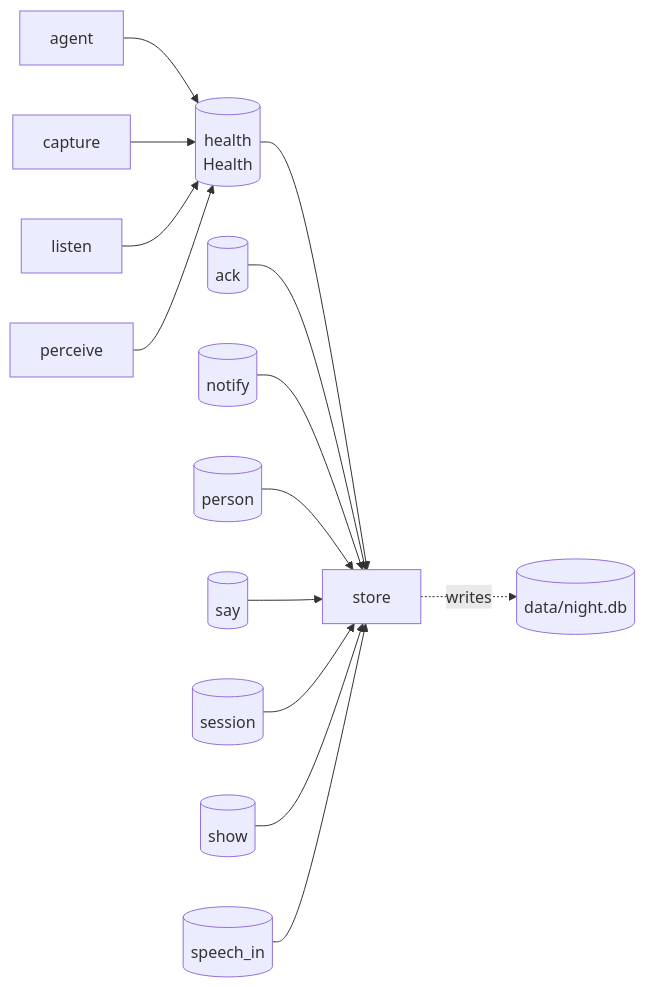
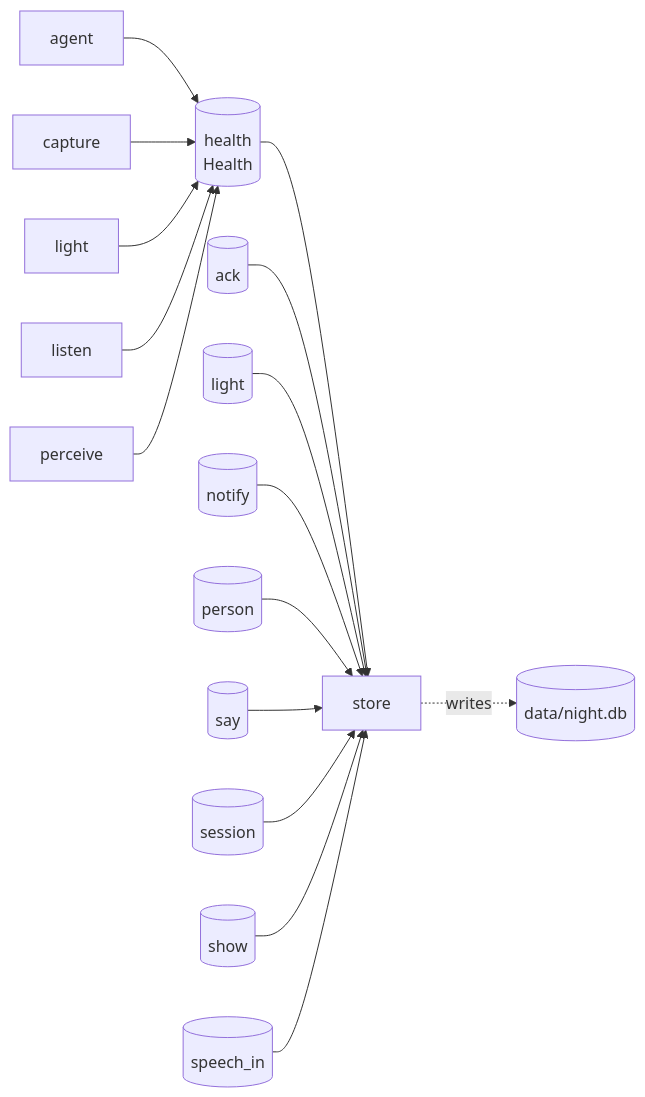
Before and after one commit to Afrovis/ai-agent-dementia: the second of 2 diagrams in ARCHITECTURE.md, drawn with Mermaid. The commit also changed other lines of this file and 24 other files, not shown here.

````diff
--- a/ARCHITECTURE.md
+++ b/ARCHITECTURE.md
@@ -97,19 +104,21 @@
 ```mermaid
 flowchart LR
   q_health[("health<br/>Health")]
   s_store["store"]
   sqlite[("data/night.db")]
   s_agent["agent"] --> q_health
   s_capture["capture"] --> q_health
+  s_light["light"] --> q_health
   s_listen["listen"] --> q_health
   s_perceive["perceive"] --> q_health
   q_health --> s_store
   q_p_ack[("ack")] --> s_store
+  q_p_light[("light")] --> s_store
   q_p_notify[("notify")] --> s_store
   q_p_person[("person")] --> s_store
   q_p_say[("say")] --> s_store
   q_p_session[("session")] --> s_store
   q_p_show[("show")] --> s_store
   q_p_speech_in[("speech_in")] --> s_store
   s_store -.->|"writes"| sqlite
 ```
````
